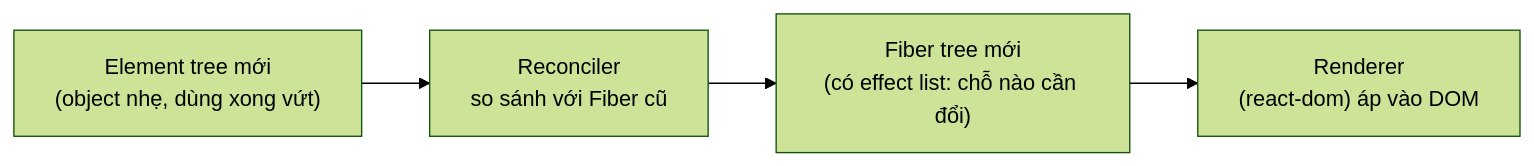
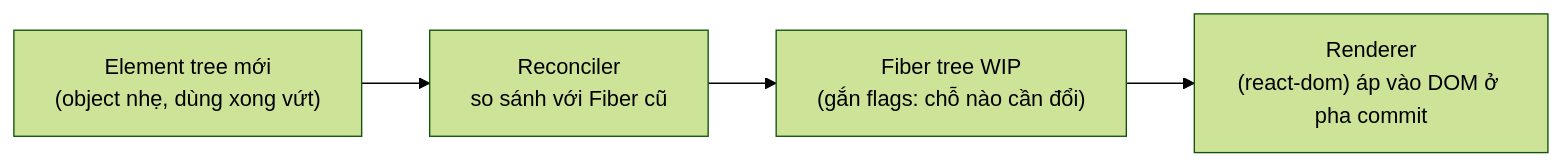
The first of 10 diagrams in content/docs/react-internals/fiber-reconciliation.md (vanhiep99w/react-learn), drawn with Mermaid (forest theme) before and after one commit. The commit also changed other lines of this file, not shown here.

Commit message:
docs: deepen Fiber & Reconciliation (work loop, lanes, bailout, FAQ)

````diff
--- a/content/docs/react-internals/fiber-reconciliation.md
+++ b/content/docs/react-internals/fiber-reconciliation.md
@@ -28,6 +45,6 @@
 ```mermaid
 graph LR
     A["Element tree mới<br/>(object nhẹ, dùng xong vứt)"] --> B["Reconciler<br/>so sánh với Fiber cũ"]
-    B --> C["Fiber tree mới<br/>(có effect list: chỗ nào cần đổi)"]
-    C --> D["Renderer<br/>(react-dom) áp vào DOM"]
+    B --> C["Fiber tree WIP<br/>(gắn flags: chỗ nào cần đổi)"]
+    C --> D["Renderer<br/>(react-dom) áp vào DOM ở pha commit"]
 ```
````
